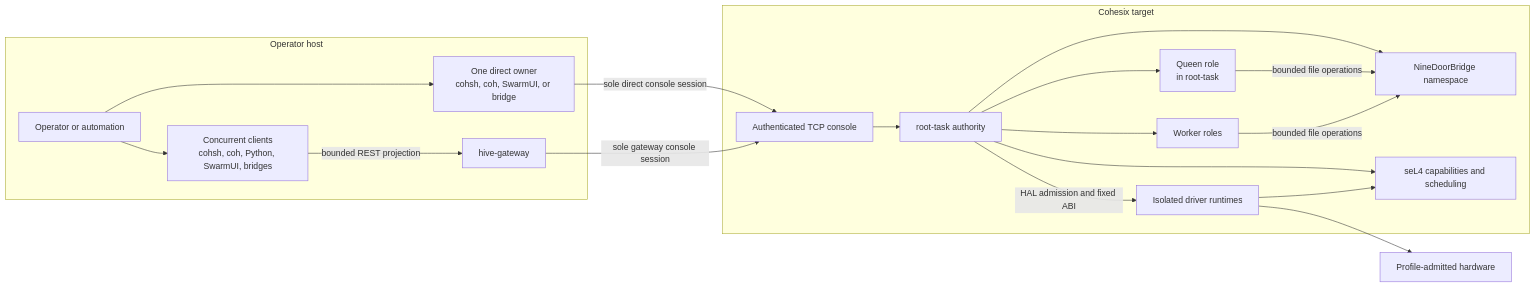
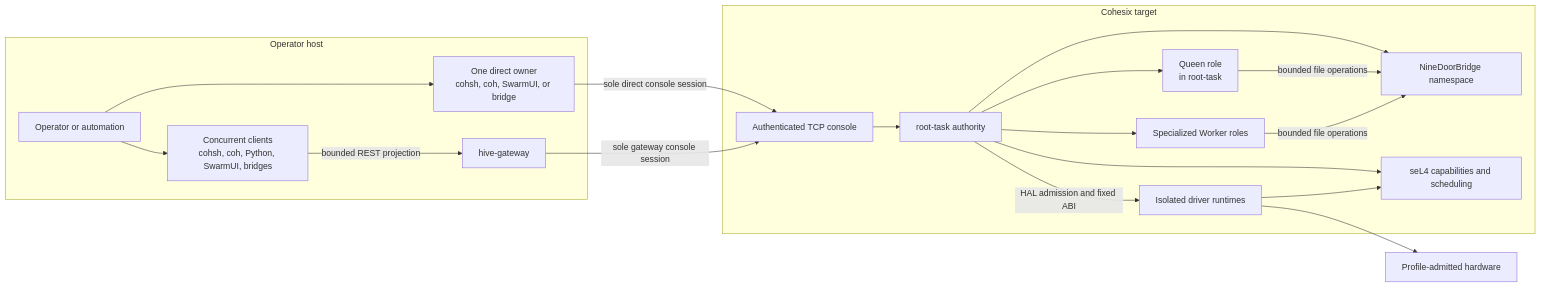
One commit to lukeb-aidev/cohesix changed the diagram in README.md. Above: the diagram before and after it, drawn with Mermaid. The commit also changed other lines of this file and 2 other files, not shown here.

````diff
--- a/README.md
+++ b/README.md
@@ -76,37 +76,37 @@
 ```mermaid
 flowchart LR
   subgraph Host[Operator host]
     Operator[Operator or automation]
     Direct["One direct owner\ncohsh, coh, SwarmUI, or bridge"]
     Shared["Concurrent clients\ncohsh, coh, Python, SwarmUI, bridges"]
     Gateway[hive-gateway]
     Operator --> Direct
     Operator --> Shared
     Shared -->|bounded REST projection| Gateway
   end
 
   subgraph Target[Cohesix target]
     Console[Authenticated TCP console]
     Root[root-task authority]
     Namespace[NineDoorBridge namespace]
     Queen["Queen role\nin root-task"]
-    Workers[Worker roles]
+    Workers[Specialized Worker roles]
     Drivers[Isolated driver runtimes]
     Kernel[seL4 capabilities and scheduling]
     Console --> Root
     Root --> Namespace
     Root --> Queen
     Root --> Workers
     Queen -->|bounded file operations| Namespace
     Workers -->|bounded file operations| Namespace
     Root -->|HAL admission and fixed ABI| Drivers
     Root --> Kernel
     Drivers --> Kernel
   end
 
   Hardware[Profile-admitted hardware]
 
   Direct -->|sole direct console session| Console
   Gateway -->|sole gateway console session| Console
   Drivers --> Hardware
 ```
````
